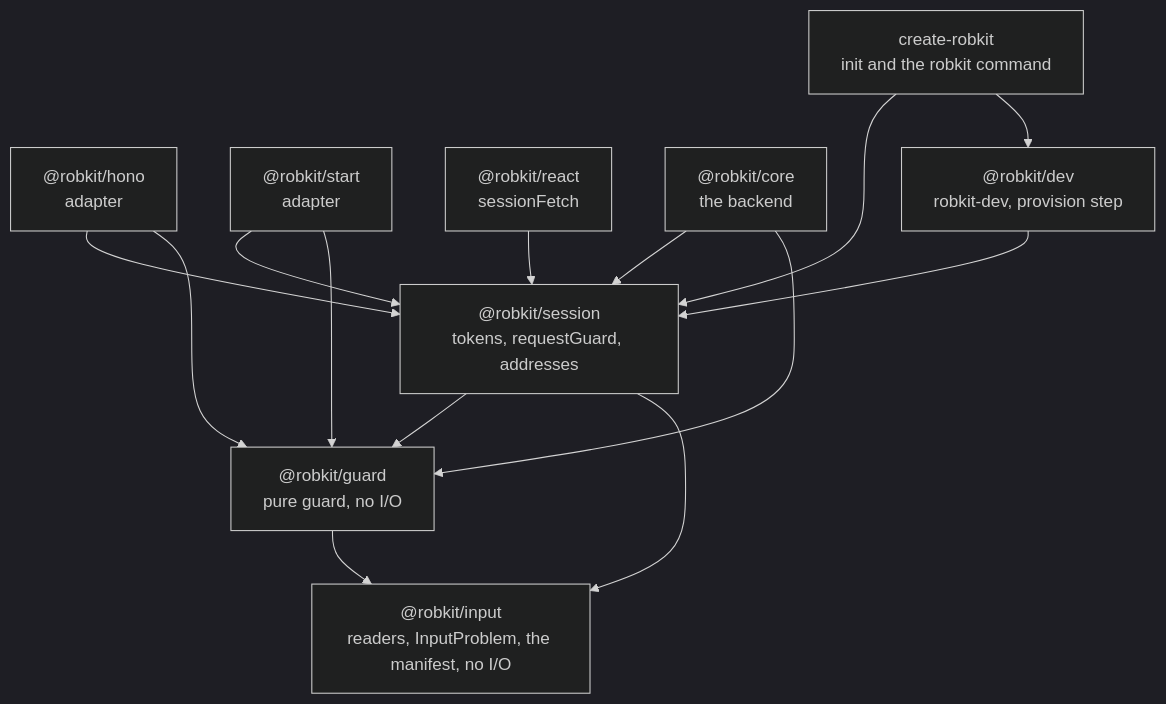
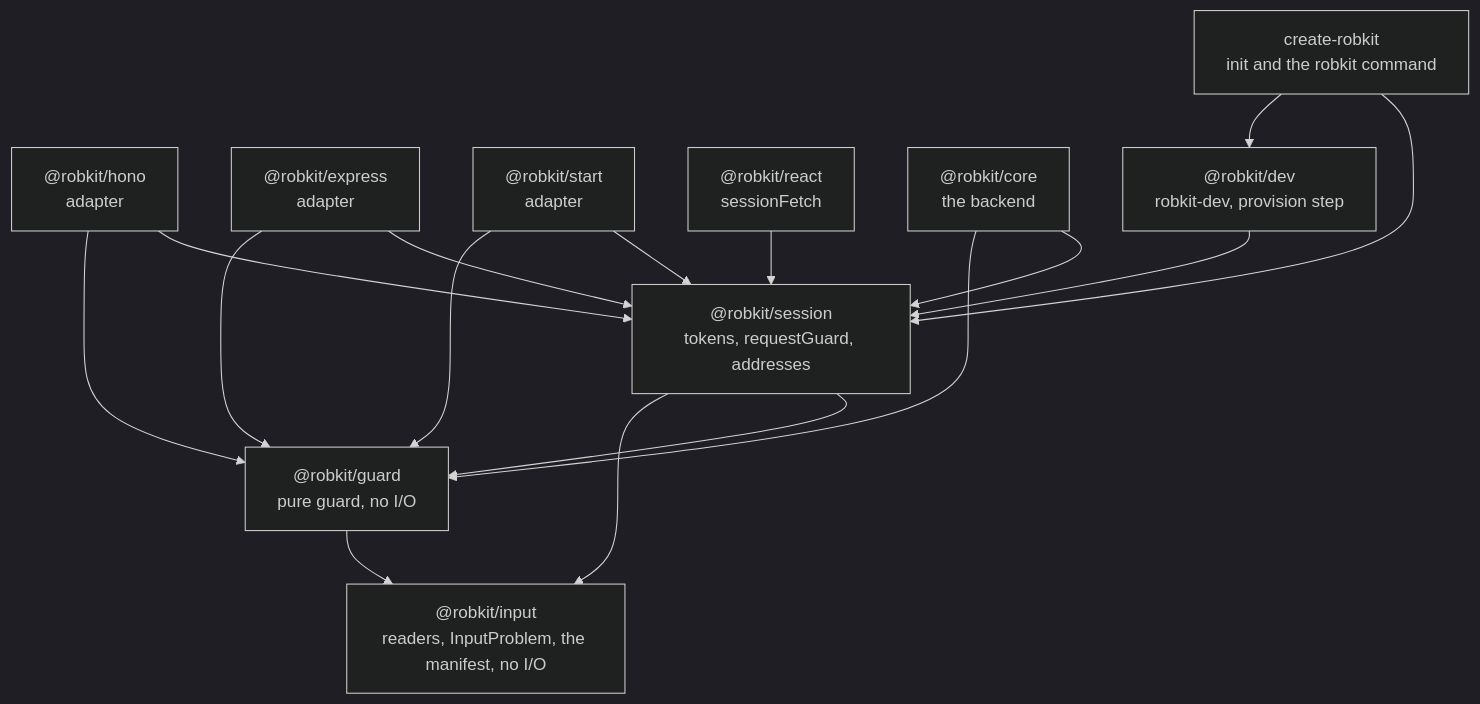
One commit to RobertScholey98/robkit changed the fourth of 5 diagrams in docs/architecture.md. Above: the diagram before and after it, drawn with Mermaid (dark theme). The commit also changed other lines of this file and 4 other files, not shown here.

First line of the commit message:
Name the Express adapter in the docs

````diff
--- a/docs/architecture.md
+++ b/docs/architecture.md
@@ -120,26 +120,29 @@
 ```mermaid
 flowchart TD
   input["@robkit/input<br/>readers, InputProblem, the manifest, no I/O"]
   guard["@robkit/guard<br/>pure guard, no I/O"]
   session["@robkit/session<br/>tokens, requestGuard, addresses"]
   hono["@robkit/hono<br/>adapter"]
+  express["@robkit/express<br/>adapter"]
   start["@robkit/start<br/>adapter"]
   react["@robkit/react<br/>sessionFetch"]
   core["@robkit/core<br/>the backend"]
   dev["@robkit/dev<br/>robkit-dev, provision step"]
   create["create-robkit<br/>init and the robkit command"]
 
   guard --> input
   session --> guard
   session --> input
   hono --> session
   hono --> guard
+  express --> session
+  express --> guard
   start --> session
   start --> guard
   react --> session
   core --> session
   core --> guard
   dev --> session
   create --> session
   create --> dev
 ```
````
